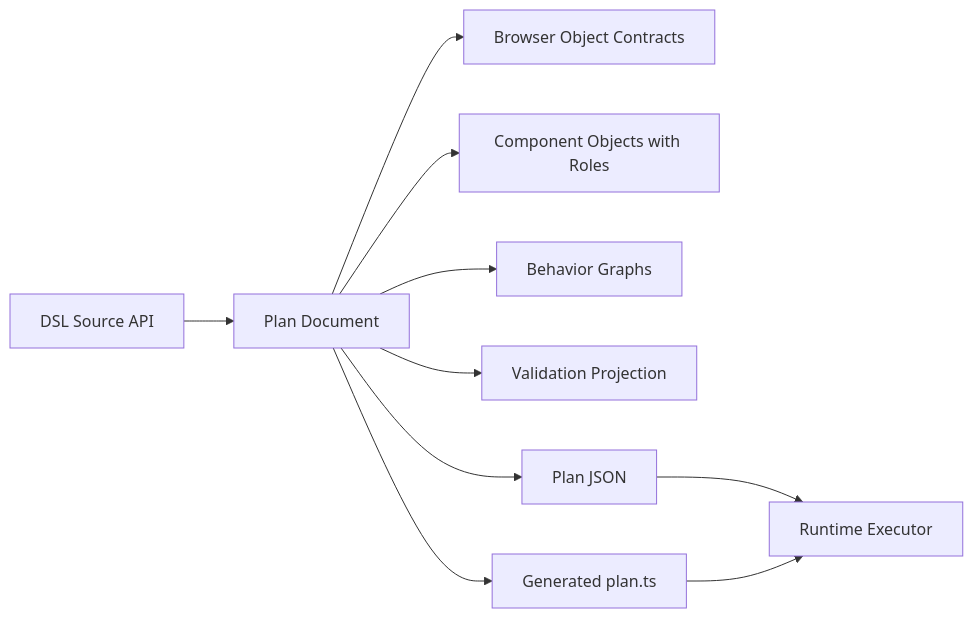
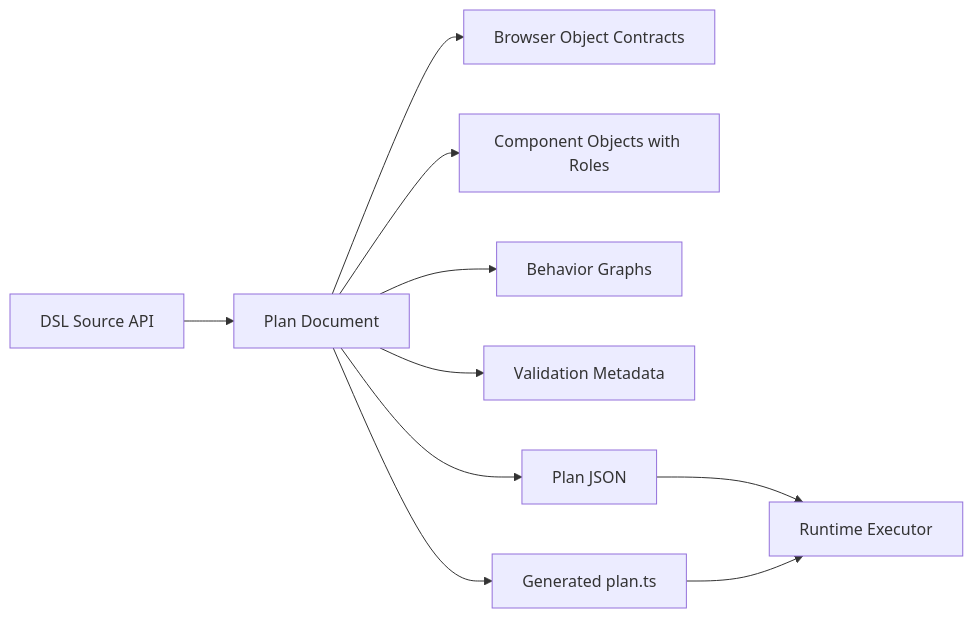
One commit to marafiq/alis-reactive changed the first of 10 diagrams in docs/reactive-plan-source-blueprint.md. Above: the diagram before and after it, drawn with Mermaid. The commit also changed other lines of this file and 18 other files, not shown here.

Commit message:
Make client validation metadata DI owned

````diff
--- a/docs/reactive-plan-source-blueprint.md
+++ b/docs/reactive-plan-source-blueprint.md
@@ -39,12 +39,12 @@
 ```mermaid
 flowchart LR
     DSL[DSL Source API] --> Plan[Plan Document]
     Plan --> Types[Browser Object Contracts]
     Plan --> Components[Component Objects with Roles]
     Plan --> Behaviors[Behavior Graphs]
-    Plan --> Validation[Validation Projection]
+    Plan --> Validation[Validation Metadata]
     Plan --> Json[Plan JSON]
     Plan --> Ts[Generated plan.ts]
     Json --> Runtime[Runtime Executor]
     Ts --> Runtime
 ```
````
